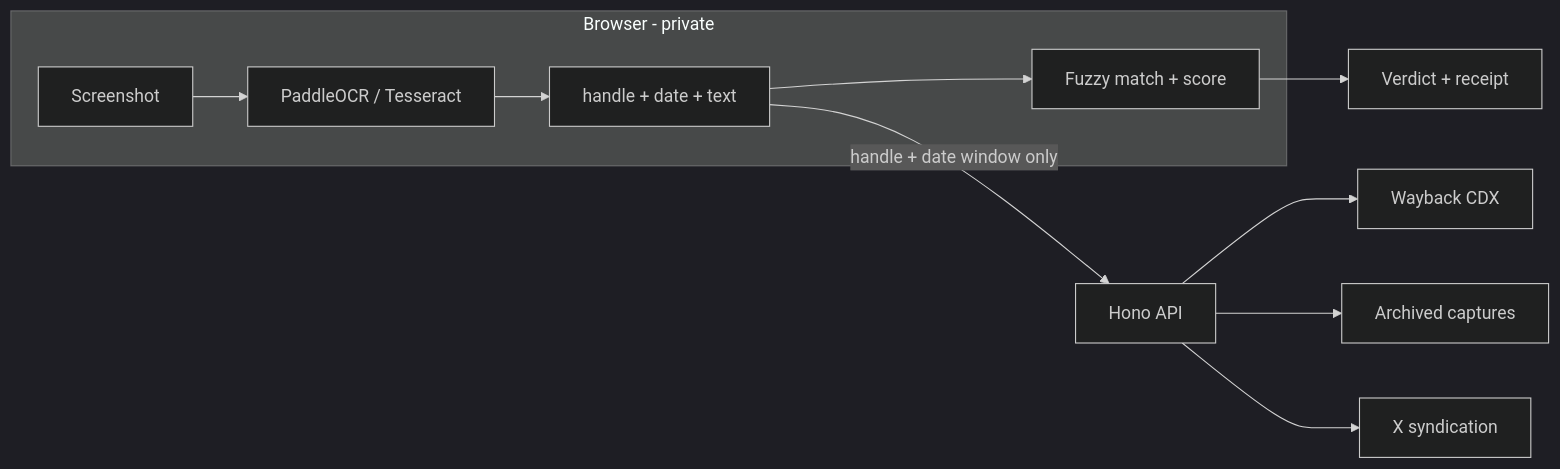
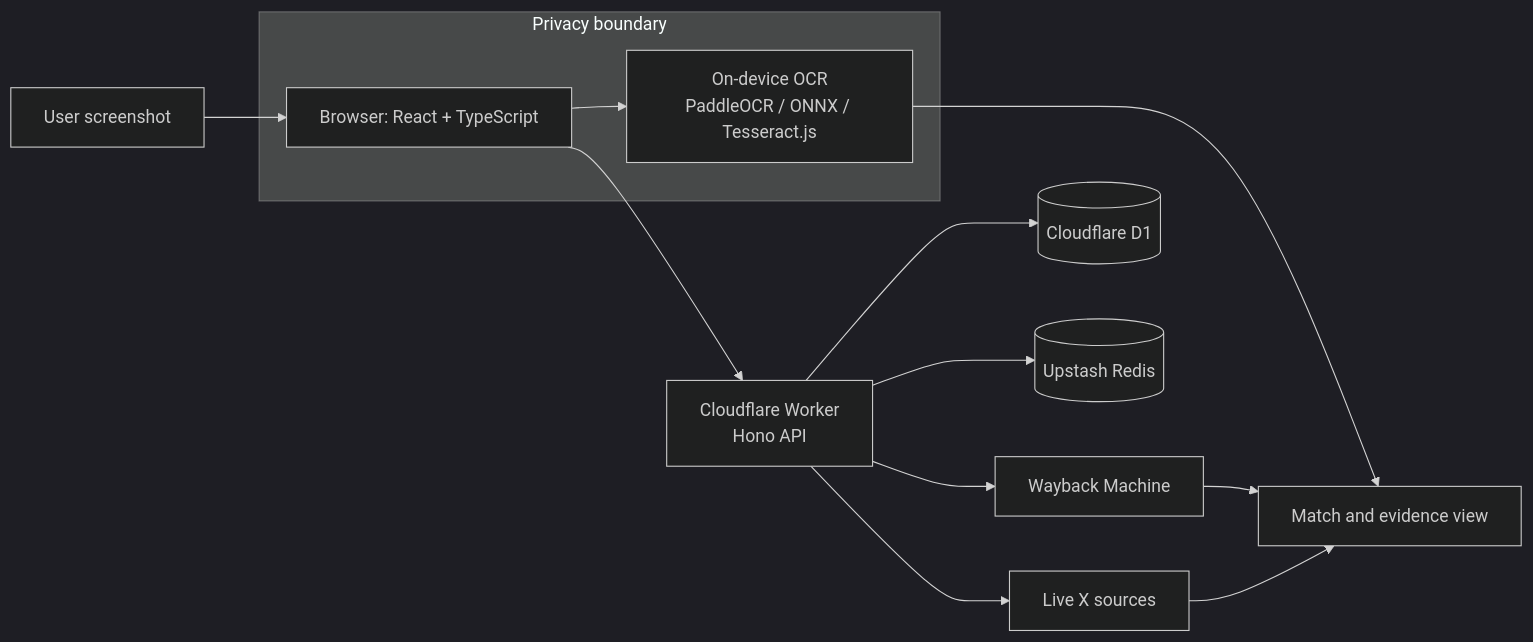
Before and after one commit to aditya-c7/receipts: the diagram in README.md, drawn with Mermaid (dark theme). The commit also changed other lines of this file, not shown here.

````diff
--- a/README.md
+++ b/README.md
@@ -17,13 +45,17 @@
 ```mermaid
 flowchart LR
-  subgraph Browser["Browser - private"]
-    Shot[Screenshot] --> OCR[PaddleOCR / Tesseract]
-    OCR --> Parse[handle + date + text]
-    Parse --> Match[Fuzzy match + score]
-  end
-  Parse -- "handle + date window only" --> API[Hono API]
-  API --> CDX[Wayback CDX]
-  API --> Snap[Archived captures]
-  API --> XLive[X syndication]
-  Match --> Verdict[Verdict + receipt]
+    U[User screenshot] --> B[Browser: React + TypeScript]
+    B --> O[On-device OCR\nPaddleOCR / ONNX / Tesseract.js]
+    B --> W[Cloudflare Worker\nHono API]
+    W --> D[(Cloudflare D1)]
+    W --> R[(Upstash Redis)]
+    W --> A[Wayback Machine]
+    W --> X[Live X sources]
+    O --> M[Match and evidence view]
+    A --> M
+    X --> M
+    subgraph Privacy boundary
+      B
+      O
+    end
 ```
````
